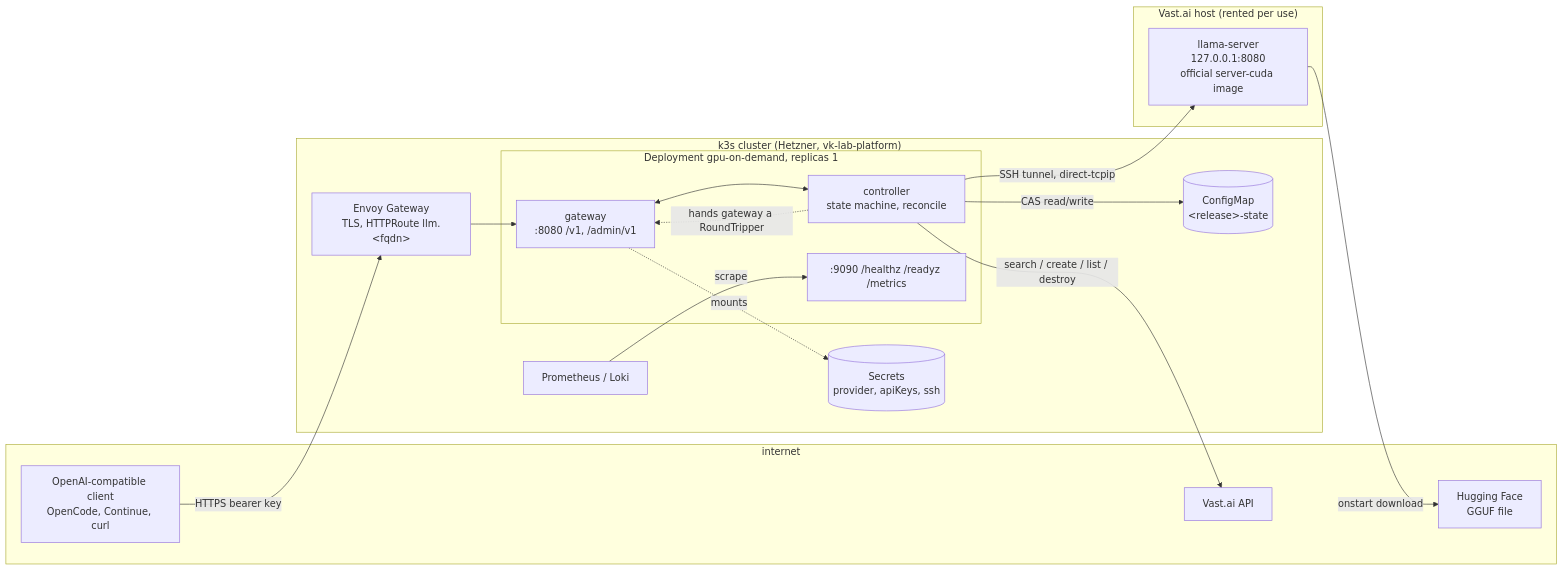
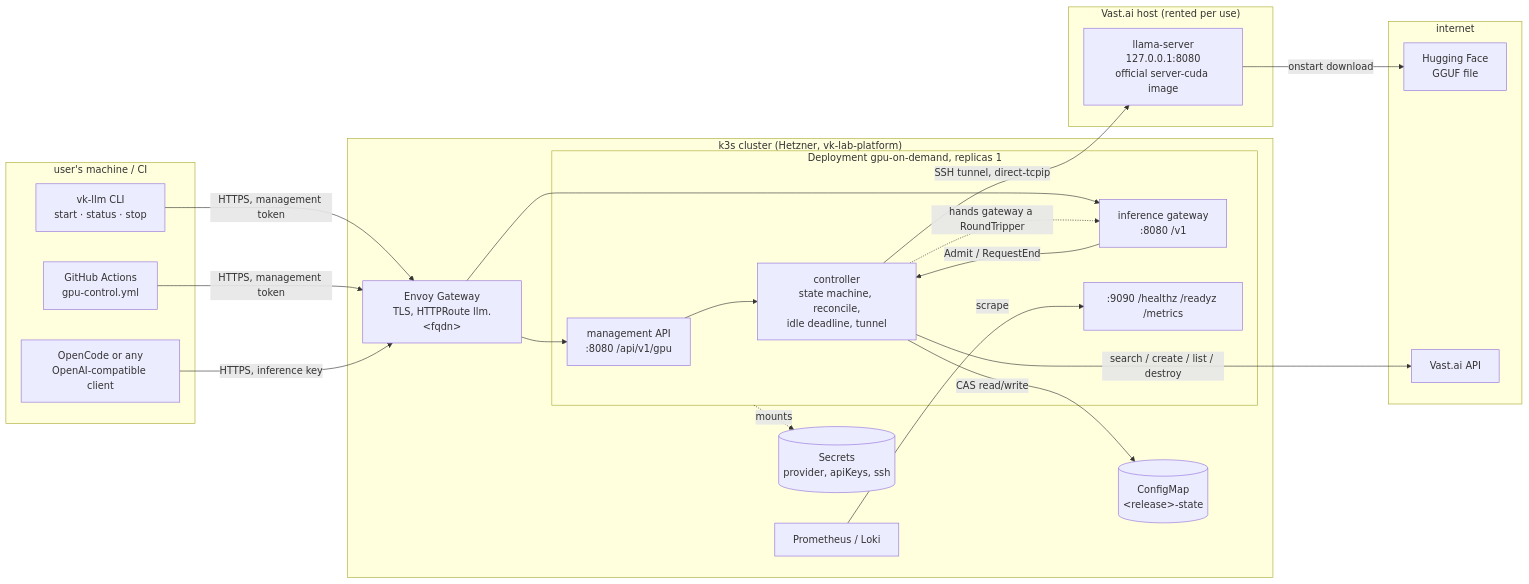
One commit to savak1990/vk-llm-on-demand changed the first of 5 diagrams in docs/architecture.md. Above: the diagram before and after it, drawn with Mermaid. The commit also changed other lines of this file and 41 other files, not shown here.

First line of the commit message:
docs: explicit lifecycle, 30-minute rolling idle, management API, vk-llm CLI

````diff
--- a/docs/architecture.md
+++ b/docs/architecture.md
@@ -9,31 +9,41 @@
 ```mermaid
 flowchart LR
+    subgraph user["user's machine / CI"]
+        CLI[vk-llm CLI<br/>start · status · stop]
+        GHA[GitHub Actions<br/>gpu-control.yml]
+        OC[OpenCode or any<br/>OpenAI-compatible client]
+    end
     subgraph internet
-        C[OpenAI-compatible client<br/>OpenCode, Continue, curl]
         HF[Hugging Face<br/>GGUF file]
         V[Vast.ai API]
     end
     subgraph k3s["k3s cluster (Hetzner, vk-lab-platform)"]
         E[Envoy Gateway<br/>TLS, HTTPRoute llm.&lt;fqdn&gt;]
         subgraph pod["Deployment gpu-on-demand, replicas 1"]
-            G[gateway<br/>:8080 /v1, /admin/v1]
-            K[controller<br/>state machine, reconcile]
+            M[management API<br/>:8080 /api/v1/gpu]
+            G[inference gateway<br/>:8080 /v1]
+            K[controller<br/>state machine, reconcile,<br/>idle deadline, tunnel]
             O[":9090 /healthz /readyz /metrics"]
         end
         CM[(ConfigMap<br/>&lt;release&gt;-state)]
         S[(Secrets<br/>provider, apiKeys, ssh)]
         P[Prometheus / Loki]
     end
     subgraph vast["Vast.ai host (rented per use)"]
         W[llama-server<br/>127.0.0.1:8080<br/>official server-cuda image]
     end
-    C -- HTTPS bearer key --> E --> G
-    G <--> K
+    CLI -- HTTPS, management token --> E
+    GHA -- HTTPS, management token --> E
+    OC -- HTTPS, inference key --> E
+    E --> M
+    E --> G
+    M --> K
+    G -- Admit / RequestEnd --> K
     K -- CAS read/write --> CM
-    G -. mounts .-> S
+    pod -. mounts .-> S
     K -- search / create / list / destroy --> V
     K -- SSH tunnel, direct-tcpip --> W
     K -. hands gateway a RoundTripper .-> G
     W -- onstart download --> HF
     P -- scrape --> O
 ```
````
